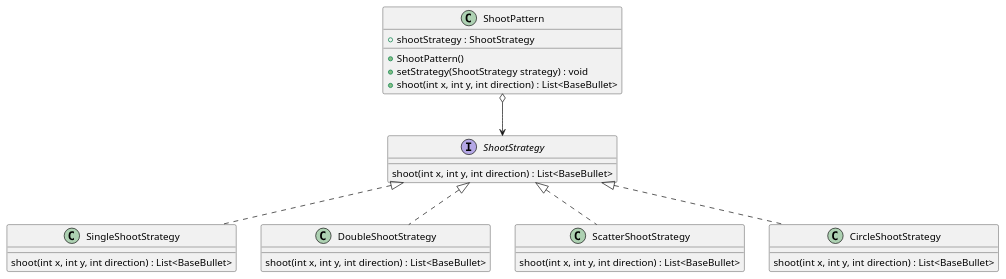
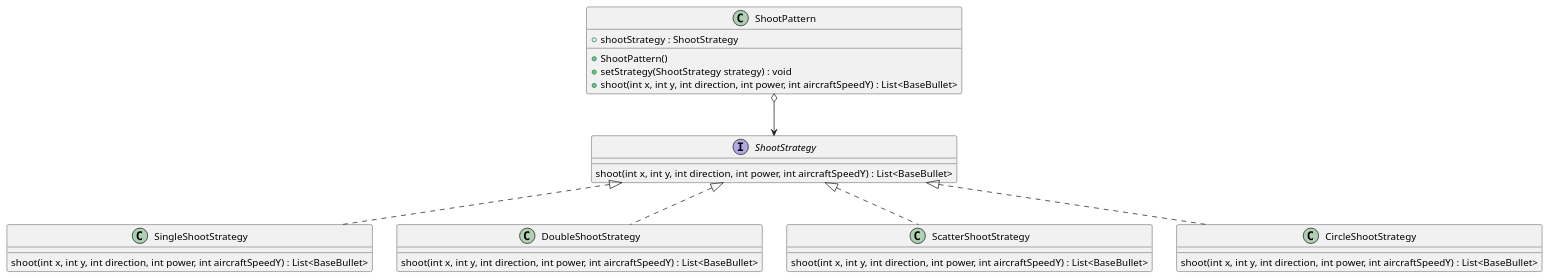
One commit to RainyTianyi/HITSZ_java_exp changed the diagram in uml/Strategy.puml. Above: the diagram before and after it, drawn with PlantUML. The commit also changed 2 other files, not shown here.

Commit message:
修改UML图

```diff
--- a/uml/Strategy.puml
+++ b/uml/Strategy.puml
@@ -1,35 +1,35 @@
 @startuml
 'https://plantuml.com/class-diagram
 
 ' 上下文单元
 class ShootPattern {
     + shootStrategy : ShootStrategy
     + ShootPattern()
     + setStrategy(ShootStrategy strategy) : void
-    + shoot(int x, int y, int direction) : List<BaseBullet>
+    + shoot(int x, int y, int direction, int power, int aircraftSpeedY) : List<BaseBullet>
 }
 
 ShootPattern o--> ShootStrategy
 
 ' 策略接口
 interface ShootStrategy {
-    shoot(int x, int y, int direction) : List<BaseBullet>
+    shoot(int x, int y, int direction, int power, int aircraftSpeedY) : List<BaseBullet>
 }
 
 class SingleShootStrategy implements ShootStrategy {
-    shoot(int x, int y, int direction) : List<BaseBullet>
+    shoot(int x, int y, int direction, int power, int aircraftSpeedY) : List<BaseBullet>
 }
 
 class DoubleShootStrategy implements ShootStrategy {
-    shoot(int x, int y, int direction) : List<BaseBullet>
+    shoot(int x, int y, int direction, int power, int aircraftSpeedY) : List<BaseBullet>
 }
 
 class ScatterShootStrategy implements ShootStrategy {
-    shoot(int x, int y, int direction) : List<BaseBullet>
+    shoot(int x, int y, int direction, int power, int aircraftSpeedY) : List<BaseBullet>
 }
 
 class CircleShootStrategy implements ShootStrategy {
-    shoot(int x, int y, int direction) : List<BaseBullet>
+    shoot(int x, int y, int direction, int power, int aircraftSpeedY) : List<BaseBullet>
 }
 
 @enduml
```
